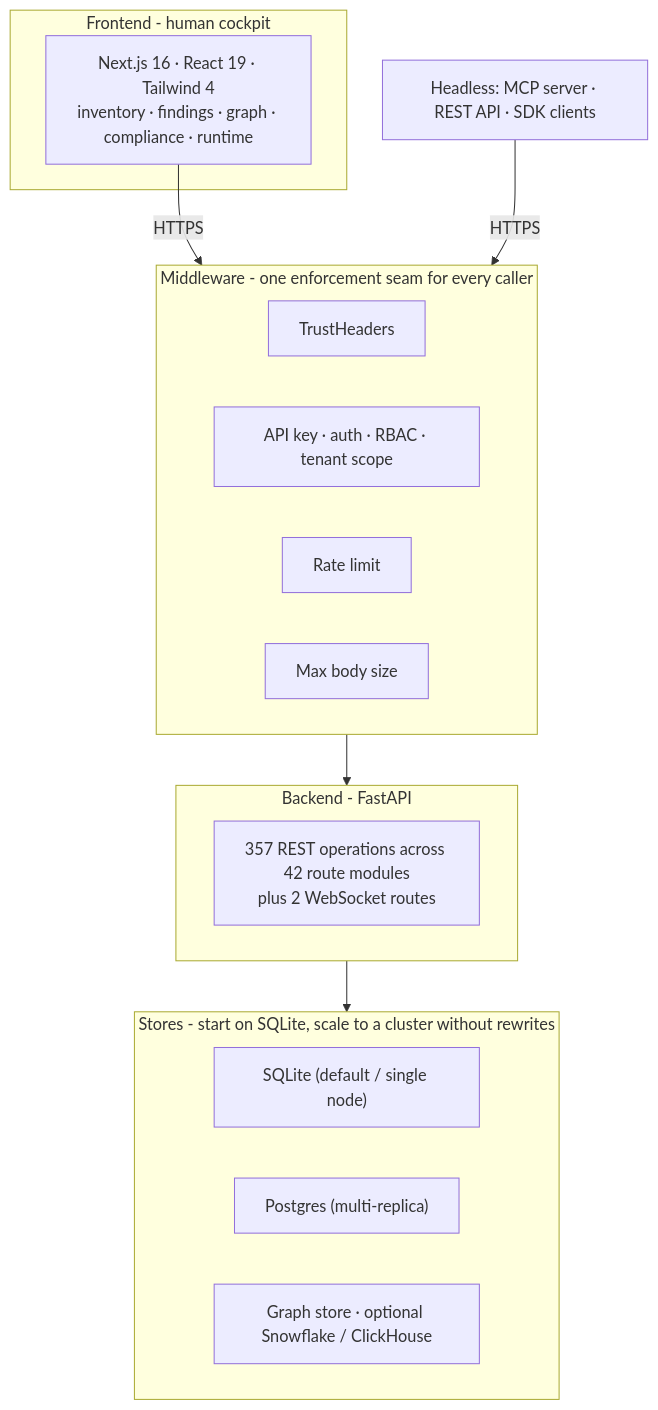
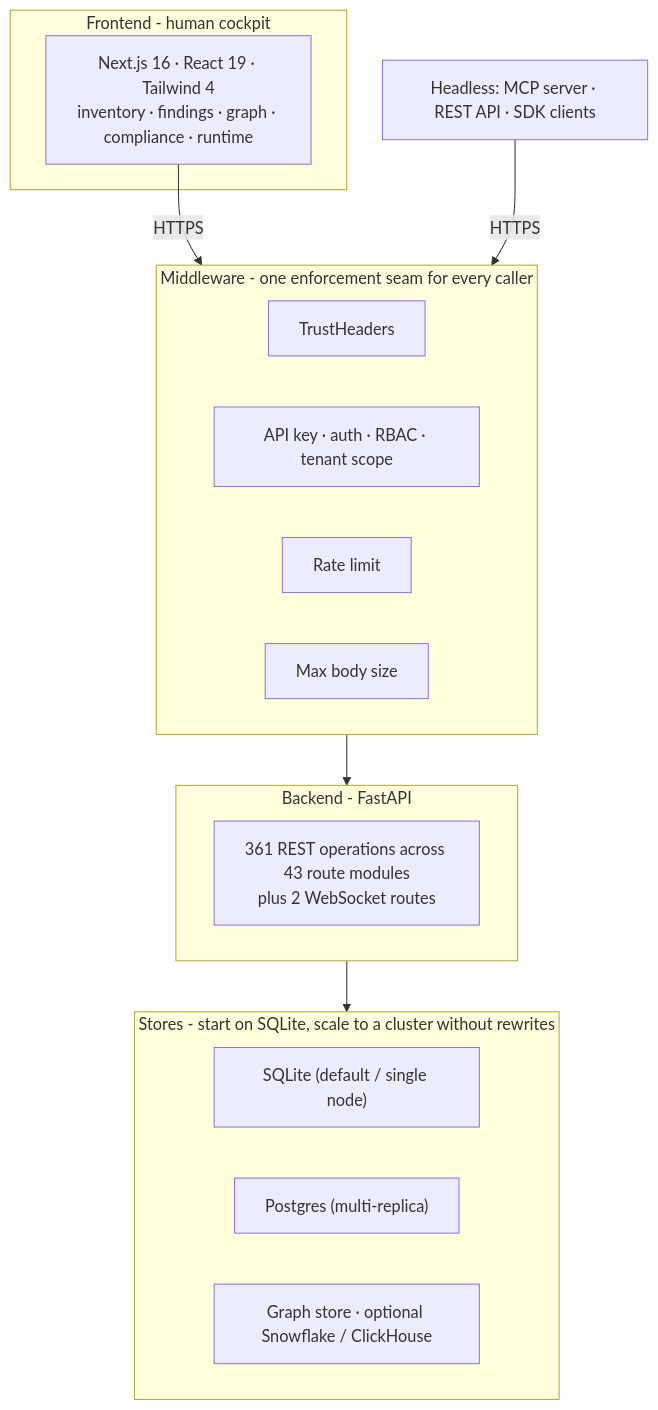
Before and after one commit to msaad00/agent-bom: the fourth of 9 diagrams in docs/ARCHITECTURE.md, drawn with Mermaid. The commit also changed 12 other files, not shown here.

````diff
--- a/docs/ARCHITECTURE.md
+++ b/docs/ARCHITECTURE.md
@@ -146,27 +146,27 @@
 ```mermaid
 flowchart TB
     subgraph FE["Frontend - human cockpit"]
         UI["Next.js 16 · React 19 · Tailwind 4\ninventory · findings · graph · compliance · runtime"]
     end
     subgraph MW["Middleware - one enforcement seam for every caller"]
         M1["TrustHeaders"]
         M2["API key · auth · RBAC · tenant scope"]
         M3["Rate limit"]
         M4["Max body size"]
     end
     subgraph BE["Backend - FastAPI"]
-        R["357 REST operations across 42 route modules
+        R["361 REST operations across 43 route modules
 plus 2 WebSocket routes"]
     end
     subgraph ST["Stores - start on SQLite, scale to a cluster without rewrites"]
         S1["SQLite (default / single node)"]
         S2["Postgres (multi-replica)"]
         S3["Graph store · optional Snowflake / ClickHouse"]
     end
 
     EXTAGENT["Headless: MCP server · REST API · SDK clients"]
 
     UI -->|HTTPS| MW
     EXTAGENT -->|HTTPS| MW
     MW --> BE --> ST
 ```
````
